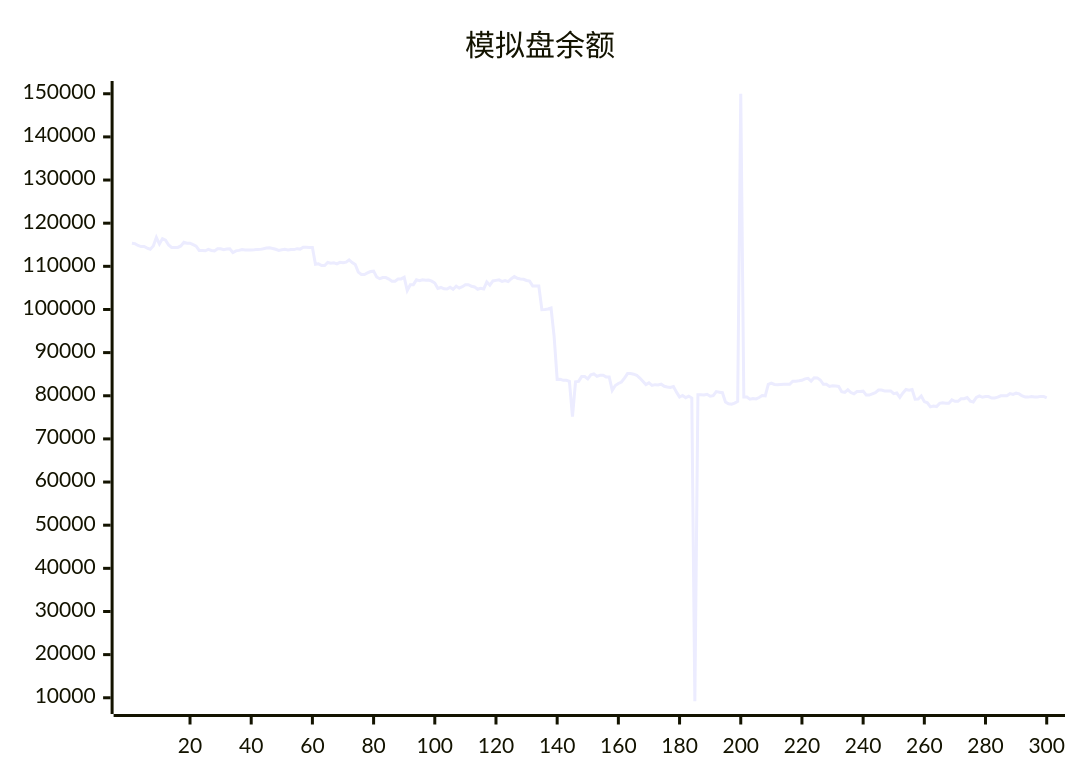
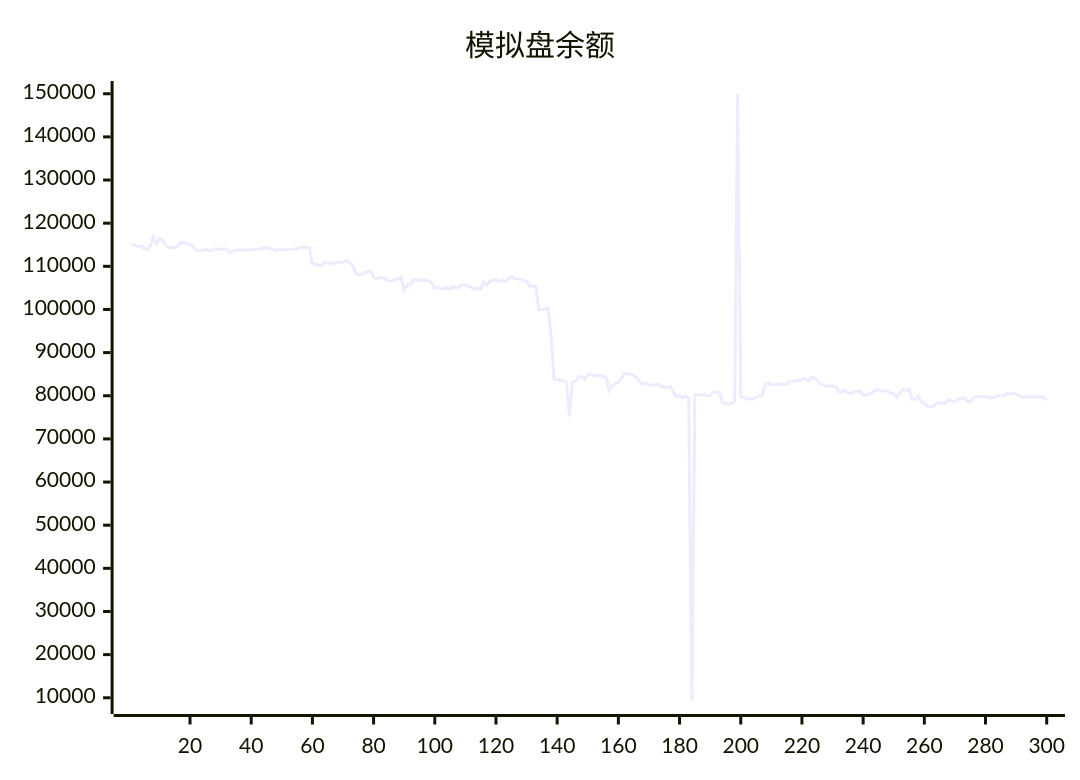
Before and after one commit to aahl/ai-trading: the diagram in README.md, drawn with Mermaid. The commit also changed other lines of this file and 1 other file, not shown here.

````diff
--- a/README.md
+++ b/README.md
@@ -5,5 +5,5 @@
 ```mermaid
 xychart
     title "模拟盘余额"
-    line [115341,115266,114830,114584,114588,114231,113973,114726,116697,115160,116423,116083,114950,114365,114365,114388,114730,115582,115358,115358,115032,114686,113688,113688,113610,113930,113672,113585,114083,114074,113840,113996,114051,113208,113593,113701,113901,113794,113784,113810,113848,113927,113929,114064,114232,114293,114144,113960,113698,113853,113942,113812,113908,113877,114091,113998,114427,114422,114384,114384,110477,110576,110198,110198,110890,110712,110812,110569,110929,110847,110968,111478,110870,110433,108661,108116,108115,108485,108797,108877,107536,107134,107393,107393,107046,106565,106565,107081,107081,107478,104404,105715,105749,106866,106651,106889,106771,106816,106565,106141,104876,105103,104796,104734,105169,104690,105380,104941,105272,105709,105739,105374,105227,104691,104924,104762,106364,105628,106608,106748,106872,106485,106721,106468,107132,107620,107224,107080,107001,106717,106567,105431,105431,105440,99950,100017,100113,100337,93749,83795,83807,83567,83567,83342,75168,83222,83336,84448,84449,83896,84839,85065,84499,84757,84757,84364,84347,81254,82385,82835,83184,84099,85150,85150,85002,84751,84096,83356,82582,82983,82404,82572,82512,82688,82200,82047,81920,82125,80840,79688,80060,79552,79920,79470,9193,80236,80208,80170,80336,79894,80006,80954,80837,80712,78561,78139,78037,78293,78682,150000,79720,79720,79214,79372,79279,79591,80046,79993,82625,82950,82626,82571,82633,82670,82670,82681,83386,83378,83464,83579,83920,84037,83402,84160,84142,83652,82655,82655,82145,82315,82243,82163,80934,80770,81371,80742,80468,80989,80989,81067,80191,80155,80450,80737,81309,81309,81106,81119,81119,80471,80631,79624,80670,81448,81290,81429,79212,79222,79940,78643,78380,77432,77623,77504,78235,78358,78284,78277,79048,78714,78714,79290,79308,79567,78763,78563,79603,79988,79652,79813,79813,79476,79469,79673,79995,80015,80015,80486,80314,80600,80436,79966,79689,79689,79819,79692,79692,79850,79850,79518]
+    line [115266,114830,114584,114588,114231,113973,114726,116697,115160,116423,116083,114950,114365,114365,114388,114730,115582,115358,115358,115032,114686,113688,113688,113610,113930,113672,113585,114083,114074,113840,113996,114051,113208,113593,113701,113901,113794,113784,113810,113848,113927,113929,114064,114232,114293,114144,113960,113698,113853,113942,113812,113908,113877,114091,113998,114427,114422,114384,114384,110477,110576,110198,110198,110890,110712,110812,110569,110929,110847,110968,111478,110870,110433,108661,108116,108115,108485,108797,108877,107536,107134,107393,107393,107046,106565,106565,107081,107081,107478,104404,105715,105749,106866,106651,106889,106771,106816,106565,106141,104876,105103,104796,104734,105169,104690,105380,104941,105272,105709,105739,105374,105227,104691,104924,104762,106364,105628,106608,106748,106872,106485,106721,106468,107132,107620,107224,107080,107001,106717,106567,105431,105431,105440,99950,100017,100113,100337,93749,83795,83807,83567,83567,83342,75168,83222,83336,84448,84449,83896,84839,85065,84499,84757,84757,84364,84347,81254,82385,82835,83184,84099,85150,85150,85002,84751,84096,83356,82582,82983,82404,82572,82512,82688,82200,82047,81920,82125,80840,79688,80060,79552,79920,79470,9193,80236,80208,80170,80336,79894,80006,80954,80837,80712,78561,78139,78037,78293,78682,150000,79720,79720,79214,79372,79279,79591,80046,79993,82625,82950,82626,82571,82633,82670,82670,82681,83386,83378,83464,83579,83920,84037,83402,84160,84142,83652,82655,82655,82145,82315,82243,82163,80934,80770,81371,80742,80468,80989,80989,81067,80191,80155,80450,80737,81309,81309,81106,81119,81119,80471,80631,79624,80670,81448,81290,81429,79212,79222,79940,78643,78380,77432,77623,77504,78235,78358,78284,78277,79048,78714,78714,79290,79308,79567,78763,78563,79603,79988,79652,79813,79813,79476,79469,79673,79995,80015,80015,80486,80314,80600,80436,79966,79689,79689,79819,79692,79692,79850,79850,79518,79071]
 ```
````
